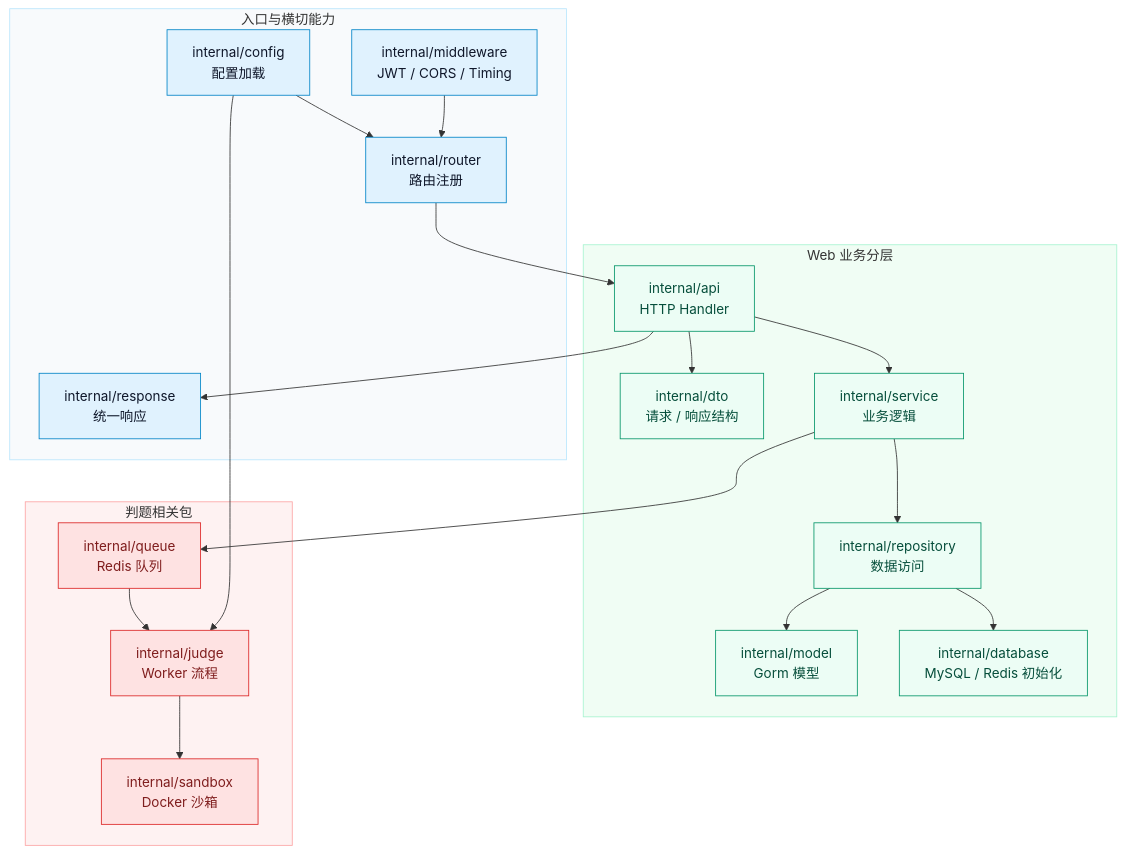
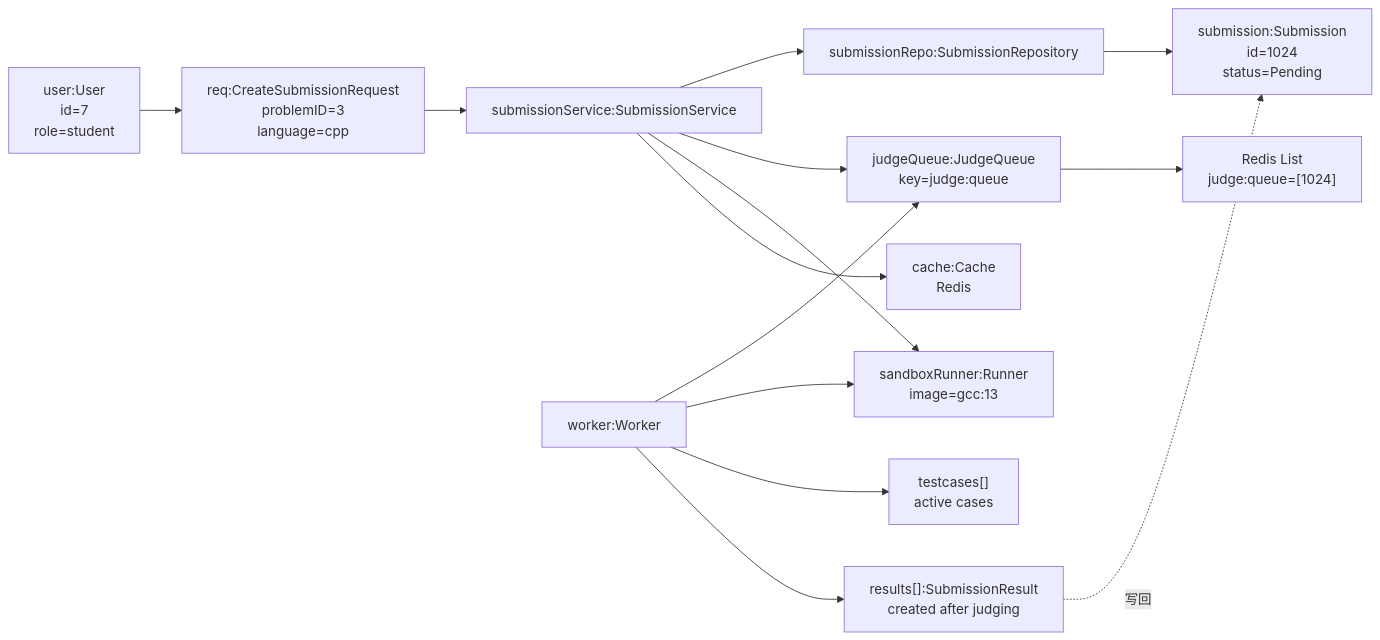
The second of 3 diagrams in docs/class-report-questions.md (yyhdndx/SEUOJ), drawn with Mermaid before and after one commit. The commit also changed other lines of this file and 13 other files, not shown here.

````diff
--- a/docs/class-report-questions.md
+++ b/docs/class-report-questions.md
@@ -420,48 +266,29 @@
 ```mermaid
-flowchart TB
-  subgraph Entry["入口与横切能力"]
-    Config["internal/config<br/>配置加载"]
-    Middleware["internal/middleware<br/>JWT / CORS / Timing"]
-    Router["internal/router<br/>路由注册"]
-    Response["internal/response<br/>统一响应"]
-  end
+flowchart LR
+  UserObj["user:User<br/>id=7<br/>role=student"]
+  ReqObj["req:CreateSubmissionRequest<br/>problemID=3<br/>language=cpp"]
+  ServiceObj["submissionService:SubmissionService"]
+  RepoObj["submissionRepo:SubmissionRepository"]
+  QueueObj["judgeQueue:JudgeQueue<br/>key=judge:queue"]
+  RunnerObj["sandboxRunner:Runner<br/>image=gcc:13"]
+  CacheObj["cache:Cache<br/>Redis"]
+  SubmissionObj["submission:Submission<br/>id=1024<br/>status=Pending"]
+  RedisObj["Redis List<br/>judge:queue=[1024]"]
+  WorkerObj["worker:Worker"]
+  TestcaseObj["testcases[]<br/>active cases"]
+  ResultObj["results[]:SubmissionResult<br/>created after judging"]
 
-  subgraph WebPkg["Web 业务分层"]
-    API["internal/api<br/>HTTP Handler"]
-    DTO["internal/dto<br/>请求 / 响应结构"]
-    Service["internal/service<br/>业务逻辑"]
-    Repo["internal/repository<br/>数据访问"]
-    Model["internal/model<br/>Gorm 模型"]
-    DB["internal/database<br/>MySQL / Redis 初始化"]
-  end
-
-  subgraph JudgePkg["判题相关包"]
-    Queue["internal/queue<br/>Redis 队列"]
-    Judge["internal/judge<br/>Worker 流程"]
-    Sandbox["internal/sandbox<br/>Docker 沙箱"]
-  end
-
-  Config --> Router
-  Middleware --> Router
-  Router --> API
-  API --> DTO
-  API --> Response
-  API --> Service
-  Service --> Repo
-  Repo --> Model
-  Repo --> DB
-  Service --> Queue
-  Queue --> Judge
-  Judge --> Sandbox
-  Config --> Judge
-
-  classDef entry fill:#E0F2FE,stroke:#0284C7,color:#0F172A;
-  classDef web fill:#ECFDF5,stroke:#059669,color:#064E3B;
-  classDef judge fill:#FEE2E2,stroke:#DC2626,color:#7F1D1D;
-  class Config,Middleware,Router,Response entry;
-  class API,DTO,Service,Repo,Model,DB web;
-  class Queue,Judge,Sandbox judge;
-  style Entry fill:#F8FAFC,stroke:#BAE6FD,stroke-width:1px;
-  style WebPkg fill:#F0FDF4,stroke:#A7F3D0,stroke-width:1px;
-  style JudgePkg fill:#FEF2F2,stroke:#FCA5A5,stroke-width:1px;
+  UserObj --> ReqObj
+  ReqObj --> ServiceObj
+  ServiceObj --> RepoObj
+  ServiceObj --> QueueObj
+  ServiceObj --> RunnerObj
+  ServiceObj --> CacheObj
+  RepoObj --> SubmissionObj
+  QueueObj --> RedisObj
+  WorkerObj --> QueueObj
+  WorkerObj --> RunnerObj
+  WorkerObj --> TestcaseObj
+  WorkerObj --> ResultObj
+  ResultObj -.写回.-> SubmissionObj
 ```
````
